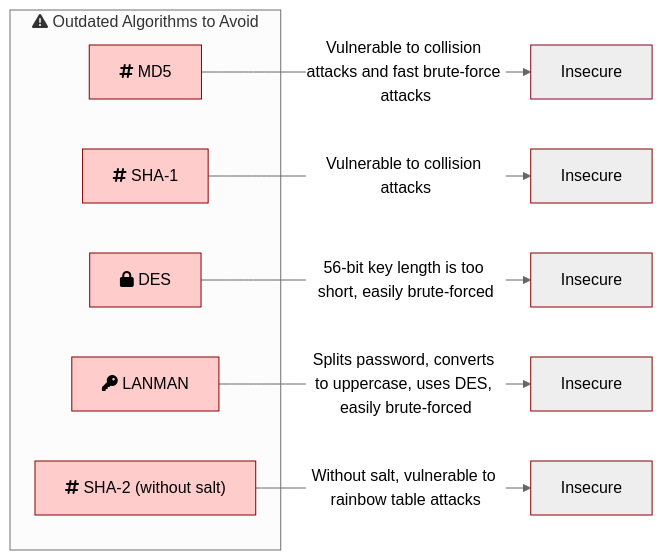
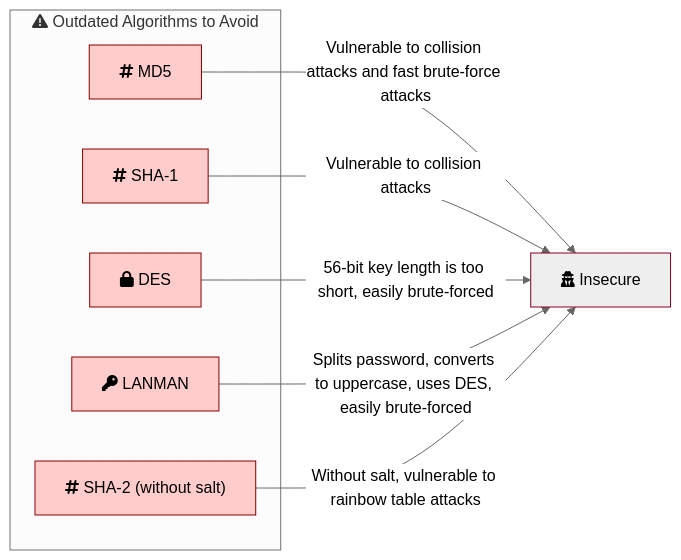
One commit to kelvin-bz/blog changed the seventh of 9 diagrams in _posts/2024-06-30-password-hassing.md. Above: the diagram before and after it, drawn with Mermaid (neutral theme). The commit also changed other lines of this file, not shown here.

````diff
--- a/_posts/2024-06-30-password-hassing.md
+++ b/_posts/2024-06-30-password-hassing.md
@@ -266,27 +306,24 @@
 ```mermaid
 graph LR
 subgraph outdatedAlgorithms["fa:fa-exclamation-triangle Outdated Algorithms to Avoid"]
     md5["fa:fa-hashtag MD5"]
     sha1["fa:fa-hashtag SHA-1"]
     des["fa:fa-lock DES"]
     lanman["fa:fa-key LANMAN"]
     sha2NoSalt["fa:fa-hashtag SHA-2 (without salt)"]
 end
 
-md5 --> |"Vulnerable to collision attacks and fast brute-force attacks"| insecureMD5["Insecure"]
-sha1 --> |"Vulnerable to collision attacks"| insecureSHA1["Insecure"]
-des --> |"56-bit key length is too short, easily brute-forced"| insecureDES["Insecure"]
-lanman --> |"Splits password, converts to uppercase, uses DES, easily brute-forced"| insecureLANMAN["Insecure"]
-sha2NoSalt --> |"Without salt, vulnerable to rainbow table attacks"| insecureSHA2NoSalt["Insecure"]
+md5 --> |"Vulnerable to collision attacks and fast brute-force attacks"| insecure["fa:fa-user-secret Insecure"]
+sha1 --> |"Vulnerable to collision attacks"| insecure
+des --> |"56-bit key length is too short, easily brute-forced"| insecure
+lanman --> |"Splits password, converts to uppercase, uses DES, easily brute-forced"| insecure
+sha2NoSalt --> |"Without salt, vulnerable to rainbow table attacks"| insecure
 
 style md5 fill:#ffcccc,stroke:#800
 style sha1 fill:#ffcccc,stroke:#800
 style des fill:#ffcccc,stroke:#800
 style lanman fill:#ffcccc,stroke:#800
 style sha2NoSalt fill:#ffcccc,stroke:#800
-style insecureMD5 fill:#eee,stroke:#802
-style insecureSHA1 fill:#eee,stroke:#800
-style insecureDES fill:#eee,stroke:#800
-style insecureLANMAN fill:#eee,stroke:#800
-style insecureSHA2NoSalt fill:#eee,stroke:#800
+style insecure fill:#eee,stroke:#802
+
 ```
````
